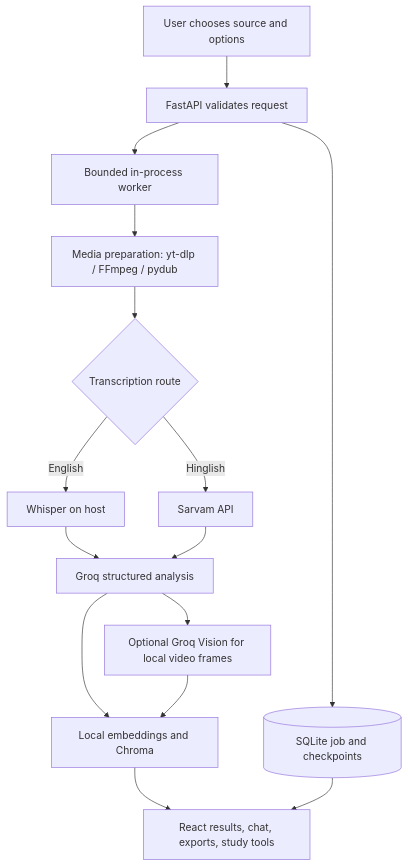
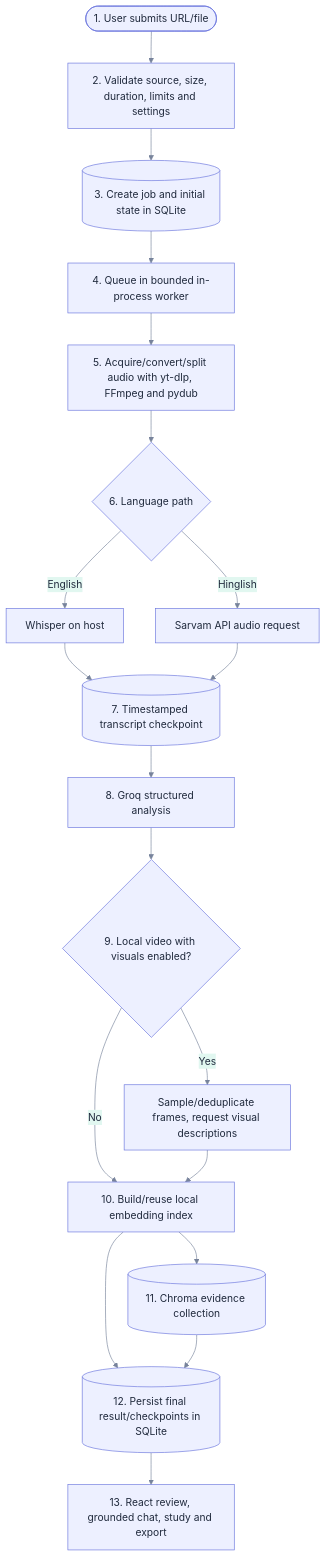
One commit to Code-AkarshMishra/FrameSutra changed the fifth of 6 diagrams in docs/PROJECT_REPORT.md. Above: the diagram before and after it, drawn with Mermaid. The commit also changed other lines of this file, not shown here.

````diff
--- a/docs/PROJECT_REPORT.md
+++ b/docs/PROJECT_REPORT.md
@@ -44,17 +404,22 @@
 ```mermaid
+%%{init: {'theme':'base','themeVariables':{'primaryColor':'#edf0ff','primaryTextColor':'#202a3d','primaryBorderColor':'#6974dd','lineColor':'#77839b','secondaryColor':'#e1f7f0','tertiaryColor':'#fff0dc'}}}%%
 flowchart TD
-  U[User chooses source and options] --> API[FastAPI validates request]
-  API --> JOB[(SQLite job and checkpoints)]
-  API --> W[Bounded in-process worker]
-  W --> M[Media preparation: yt-dlp / FFmpeg / pydub]
-  M --> STT{Transcription route}
-  STT -->|English| WH[Whisper on host]
-  STT -->|Hinglish| SA[Sarvam API]
-  WH --> A[Groq structured analysis]
-  SA --> A
-  A --> C[Optional Groq Vision for local video frames]
-  A --> VS[Local embeddings and Chroma]
-  C --> VS
-  VS --> UI[React results, chat, exports, study tools]
-  JOB --> UI
+  A([1. User submits URL/file]) --> B[2. Validate source, size, duration, limits and settings]
+  B --> C[(3. Create job and initial state in SQLite)]
+  C --> D[4. Queue in bounded in-process worker]
+  D --> E[5. Acquire/convert/split audio with yt-dlp, FFmpeg and pydub]
+  E --> F{6. Language path}
+  F -->|English| W[Whisper on host]
+  F -->|Hinglish| S[Sarvam API audio request]
+  W --> T[(7. Timestamped transcript checkpoint)]
+  S --> T
+  T --> G[8. Groq structured analysis]
+  G --> H{9. Local video with visuals enabled?}
+  H -->|Yes| V[Sample/deduplicate frames, request visual descriptions]
+  H -->|No| I[10. Build/reuse local embedding index]
+  V --> I
+  I --> J[(11. Chroma evidence collection)]
+  I --> K[(12. Persist final result/checkpoints in SQLite)]
+  J --> K
+  K --> L[13. React review, grounded chat, study and export]
 ```
````
